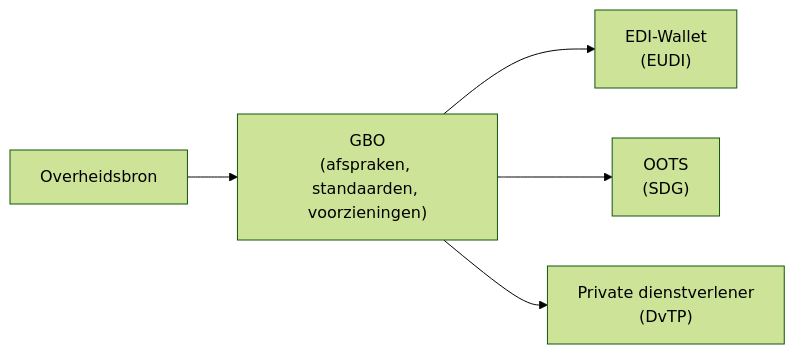
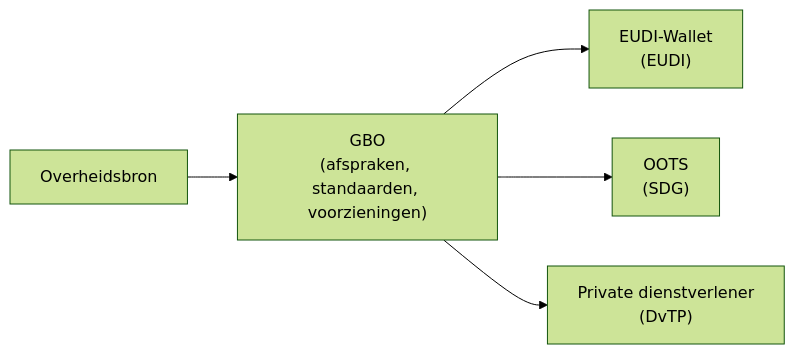
The diagram in main/diagrammen/context-diagram.mmd (ICTU/GBO-GO), drawn with Mermaid (forest theme) before and after one commit. The commit also changed 4 other files, not shown here.

```diff
--- a/main/diagrammen/context-diagram.mmd
+++ b/main/diagrammen/context-diagram.mmd
@@ -1,12 +1,12 @@
 flowchart LR
 
 Bronhouder["Overheidsbron"]
 DvTP["GBO<br />(afspraken, standaarden, voorzieningen)"]
-Wallet["EDI-Wallet<br/>(EUDI)"]
+Wallet["EUDI-Wallet<br/>(EUDI)"]
 SDG["OOTS<br/>(SDG)"]
 Privaat["Private dienstverlener<br/>(DvTP)"]
 
 Bronhouder --> DvTP
 DvTP --> Wallet
 DvTP --> SDG
 DvTP --> Privaat
```
